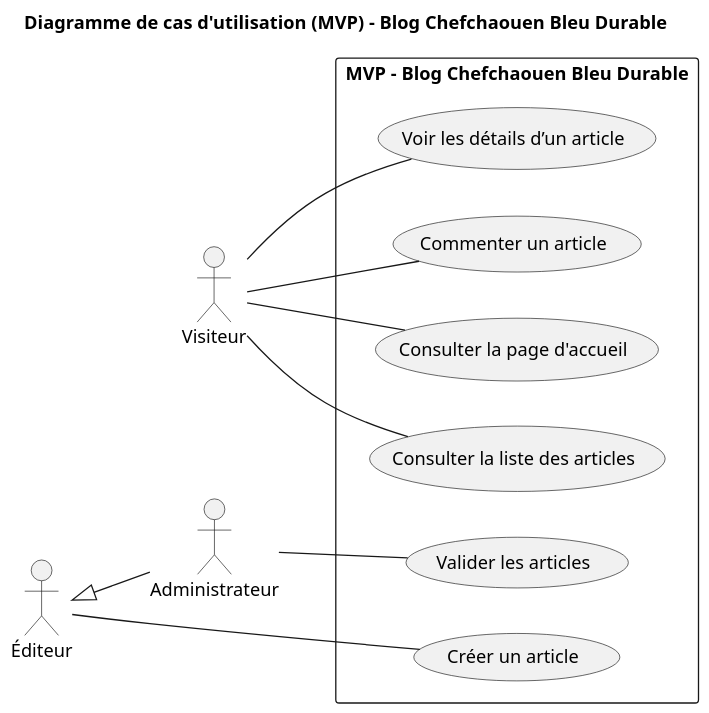
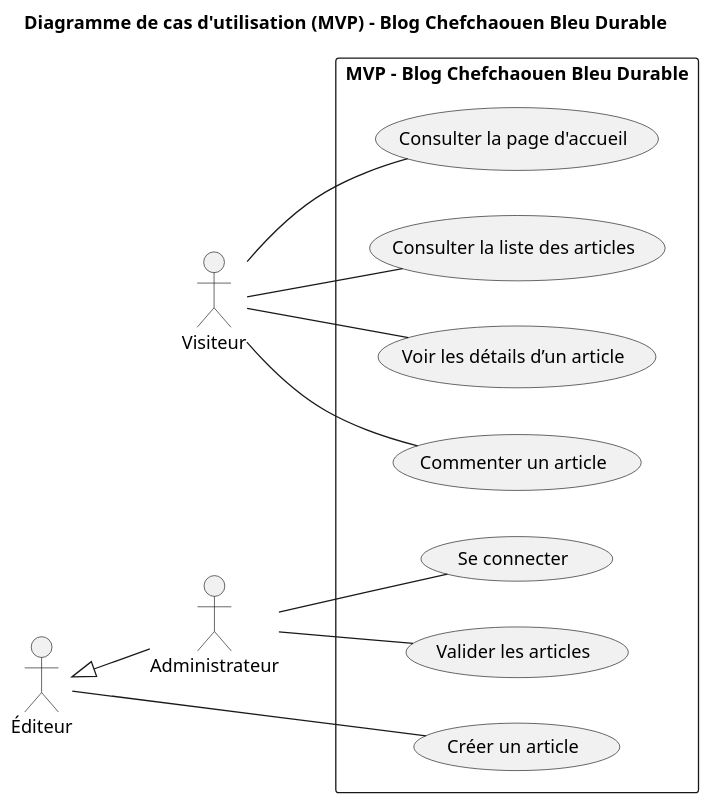
The diagram in fonctionnalités/diagram_use_cases_mvp.puml (salma-dev123/blog-Chefchaouen-Bleu-Durable), drawn with PlantUML before and after one commit. The commit also changed 2 other files, not shown here.

Commit message:
modification des  fonctionnalités et diagrammes

```diff
--- a/fonctionnalités/diagram_use_cases_mvp.puml
+++ b/fonctionnalités/diagram_use_cases_mvp.puml
@@ -1,32 +1,37 @@
 @startuml
 title Diagramme de cas d'utilisation (MVP) - Blog Chefchaouen Bleu Durable
 left to right direction
 scale 1.3
 
 actor "Visiteur" as Visiteur
 actor "Éditeur" as Editeur
 actor "Administrateur" as Admin
 
 rectangle "MVP - Blog Chefchaouen Bleu Durable" {
   (Consulter la page d'accueil) as UC1
   (Consulter la liste des articles) as UC2
   (Voir les détails d’un article) as UC3
   (Commenter un article) as UC4
-  (Créer un article) as UC5
+  (Se connecter) as UC5
   (Valider les articles) as UC6
+  (Créer un article) as UC7
+  
 }
 
 ' Relations des acteurs
 Visiteur -- UC1
 Visiteur -- UC2
 Visiteur -- UC3
 Visiteur -- UC4
 
-Editeur -- UC5
+Admin -- UC5
+Admin -- UC6
 
-Admin -- UC6
+Editeur -- UC7
+
+
 
 ' Héritage
 Editeur <|-- Admin
 
 @enduml
```
